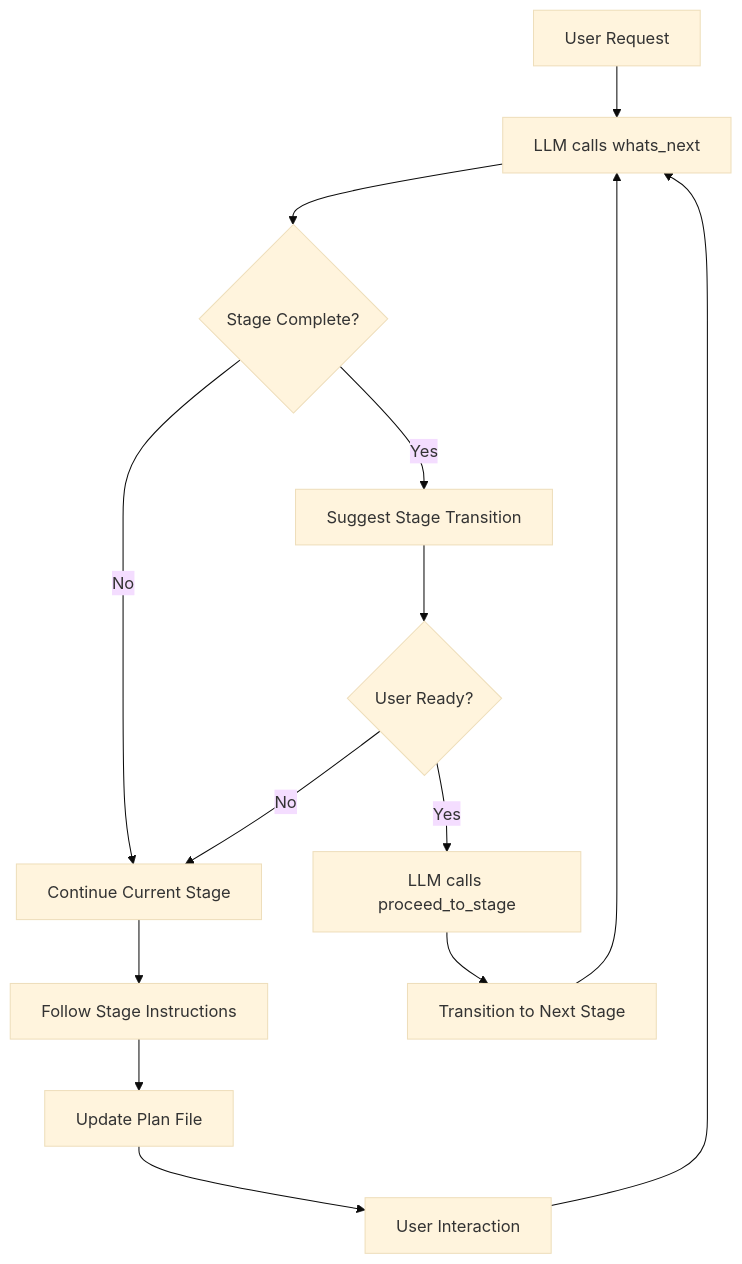
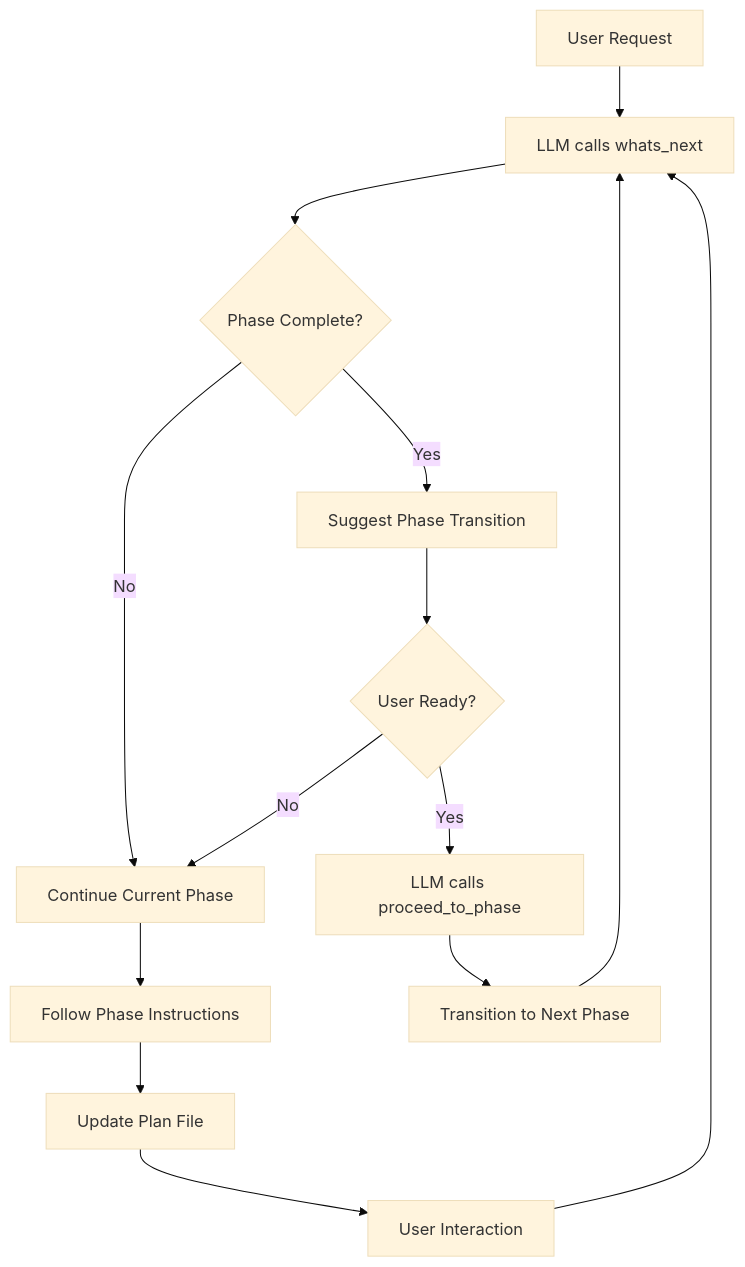
The third of 4 diagrams in README.md (yovannyr/responsible-vibe-mcp), drawn with Mermaid (base theme) before and after one commit. The commit also changed other lines of this file and 28 other files, not shown here.

Commit message:
reword: stage -> phase

````diff
--- a/README.md
+++ b/README.md
@@ -400,18 +400,18 @@
 ```mermaid
 flowchart TD
     A[User Request] --> B[LLM calls whats_next]
-    B --> C{Stage Complete?}
+    B --> C{Phase Complete?}
     
-    C -->|No| D[Continue Current Stage]
-    D --> E[Follow Stage Instructions]
+    C -->|No| D[Continue Current Phase]
+    D --> E[Follow Phase Instructions]
     E --> F[Update Plan File]
     F --> G[User Interaction]
     G --> B
     
-    C -->|Yes| H[Suggest Stage Transition]
+    C -->|Yes| H[Suggest Phase Transition]
     H --> I{User Ready?}
     I -->|No| D
-    I -->|Yes| J[LLM calls proceed_to_stage]
-    J --> K[Transition to Next Stage]
+    I -->|Yes| J[LLM calls proceed_to_phase]
+    J --> K[Transition to Next Phase]
     K --> B
 ```
````
